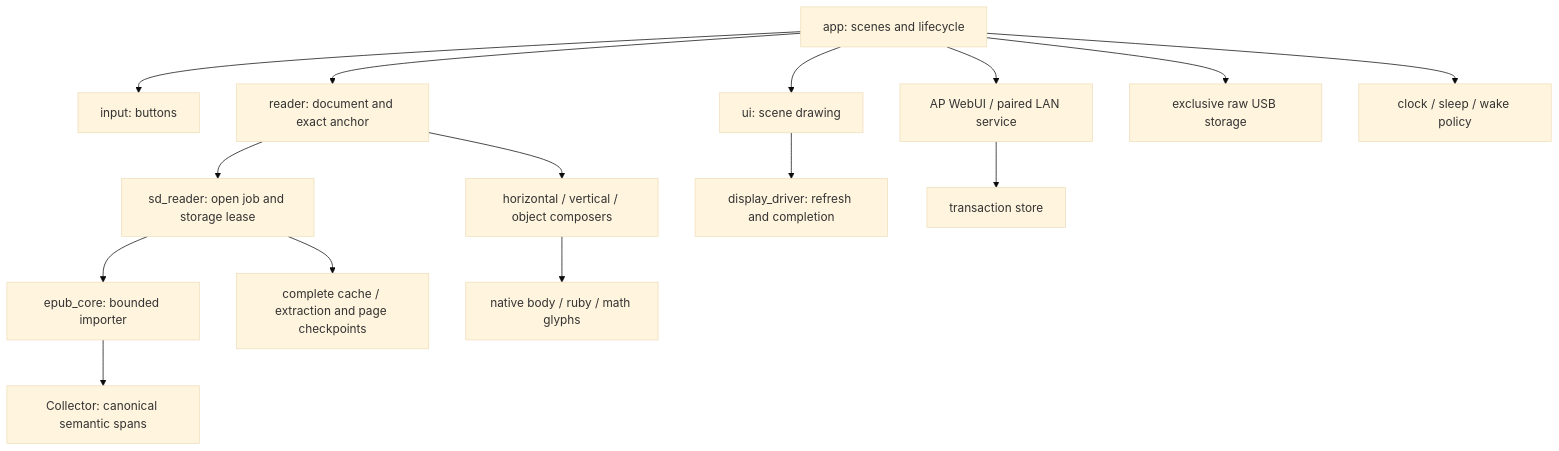
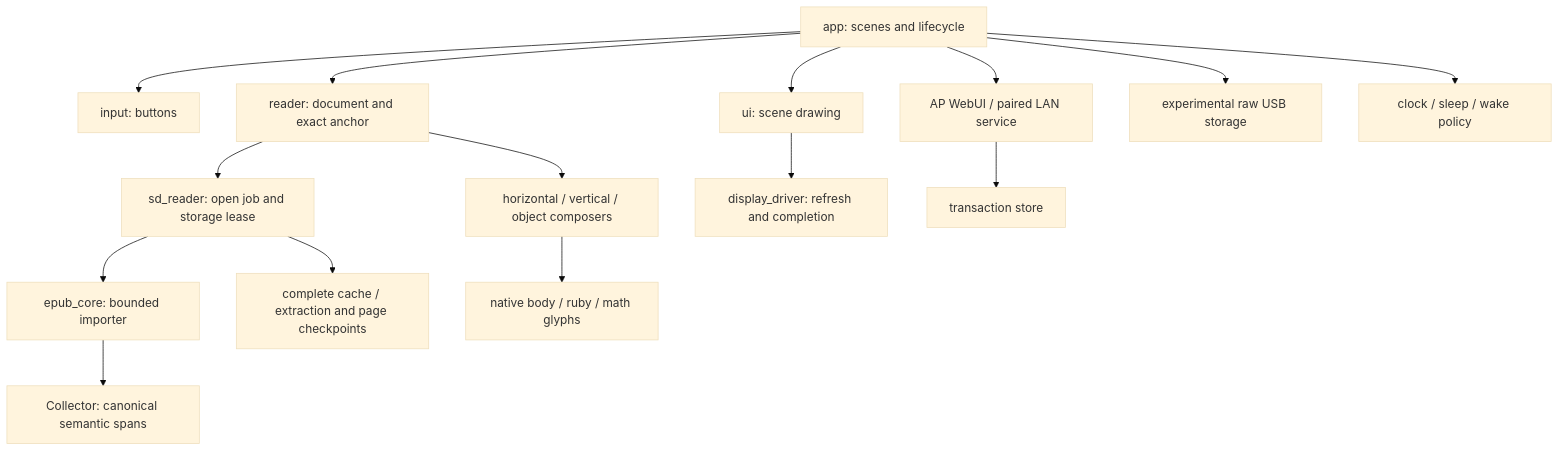
Before and after one commit to nenipresotReta/paperdiy-reader: the diagram in docs/architecture-and-implementation.md, drawn with Mermaid (base theme). The commit also changed other lines of this file and 19 other files, not shown here.

Commit message:
fix(usb): disable mass storage by default pending device recovery

````diff
--- a/docs/architecture-and-implementation.md
+++ b/docs/architecture-and-implementation.md
@@ -13,17 +13,17 @@
 ```mermaid
 flowchart TD
     App[app: scenes and lifecycle] --> Input[input: buttons]
     App --> Reader[reader: document and exact anchor]
     App --> UI[ui: scene drawing]
     UI --> Display[display_driver: refresh and completion]
     Reader --> Open[sd_reader: open job and storage lease]
     Open --> Import[epub_core: bounded importer]
     Import --> Structure[Collector: canonical semantic spans]
     Reader --> Layout[horizontal / vertical / object composers]
     Layout --> Fonts[native body / ruby / math glyphs]
     Open --> Cache[complete cache / extraction and page checkpoints]
     App --> Network[AP WebUI / paired LAN service]
     Network --> Delivery[transaction store]
-    App --> USB[exclusive raw USB storage]
+    App --> USB[experimental raw USB storage]
     App --> Power[clock / sleep / wake policy]
 ```
````
